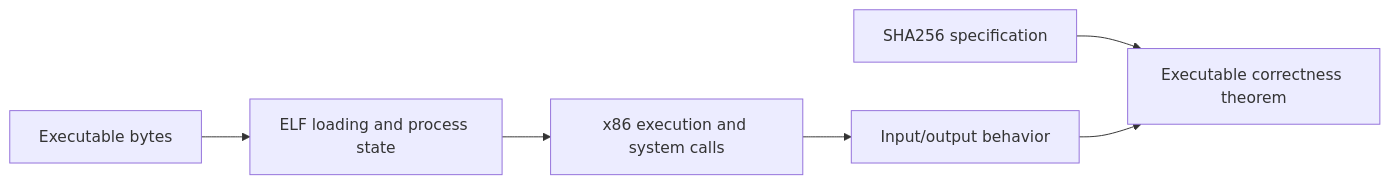
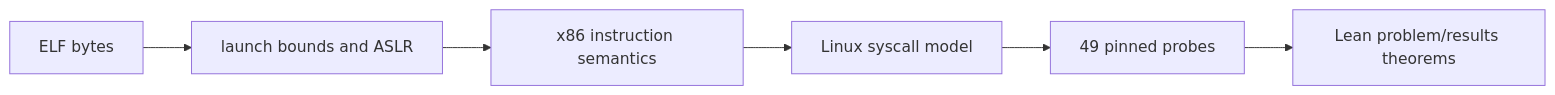
Before and after one commit to hiloopai/silmaril-lean: the diagram in docs/projects/x86.md, drawn with Mermaid. The commit also changed other lines of this file and 1031 other files, not shown here.

First line of the commit message:
Promote Linux process/LPS and SHA-256 model slice (#5)

````diff
--- a/docs/projects/x86.md
+++ b/docs/projects/x86.md
@@ -12,8 +24,8 @@
 ```mermaid
 flowchart LR
-  B[Executable bytes] --> L[ELF loading and process state]
-  L --> X[x86 execution and system calls]
-  X --> I[Input/output behavior]
-  S[SHA256 specification] --> P[Executable correctness theorem]
-  I --> P
+  ELF[ELF bytes] --> LOAD[launch bounds and ASLR]
+  LOAD --> ISA[x86 instruction semantics]
+  ISA --> SYS[Linux syscall model]
+  SYS --> PROBE[49 pinned probes]
+  PROBE --> THM[Lean problem/results theorems]
 ```
````
